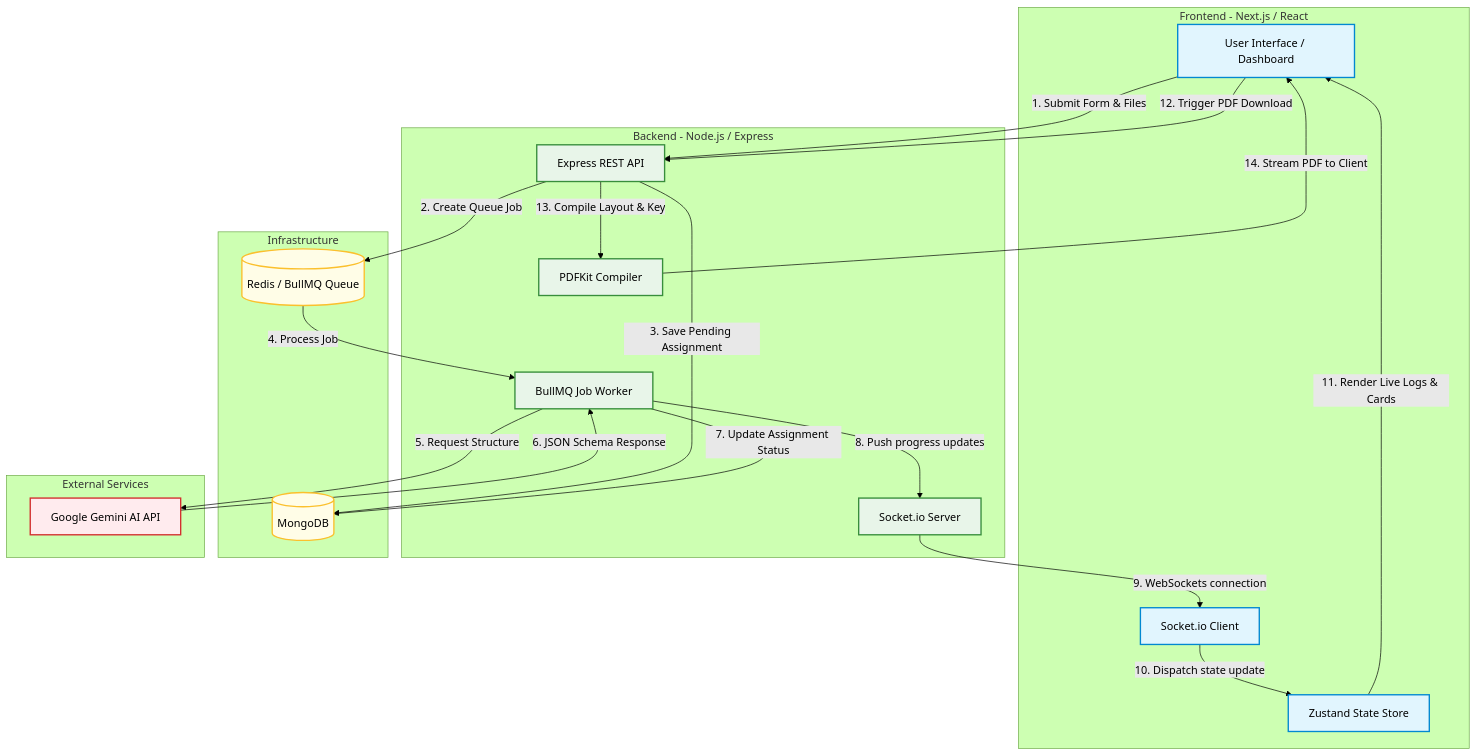
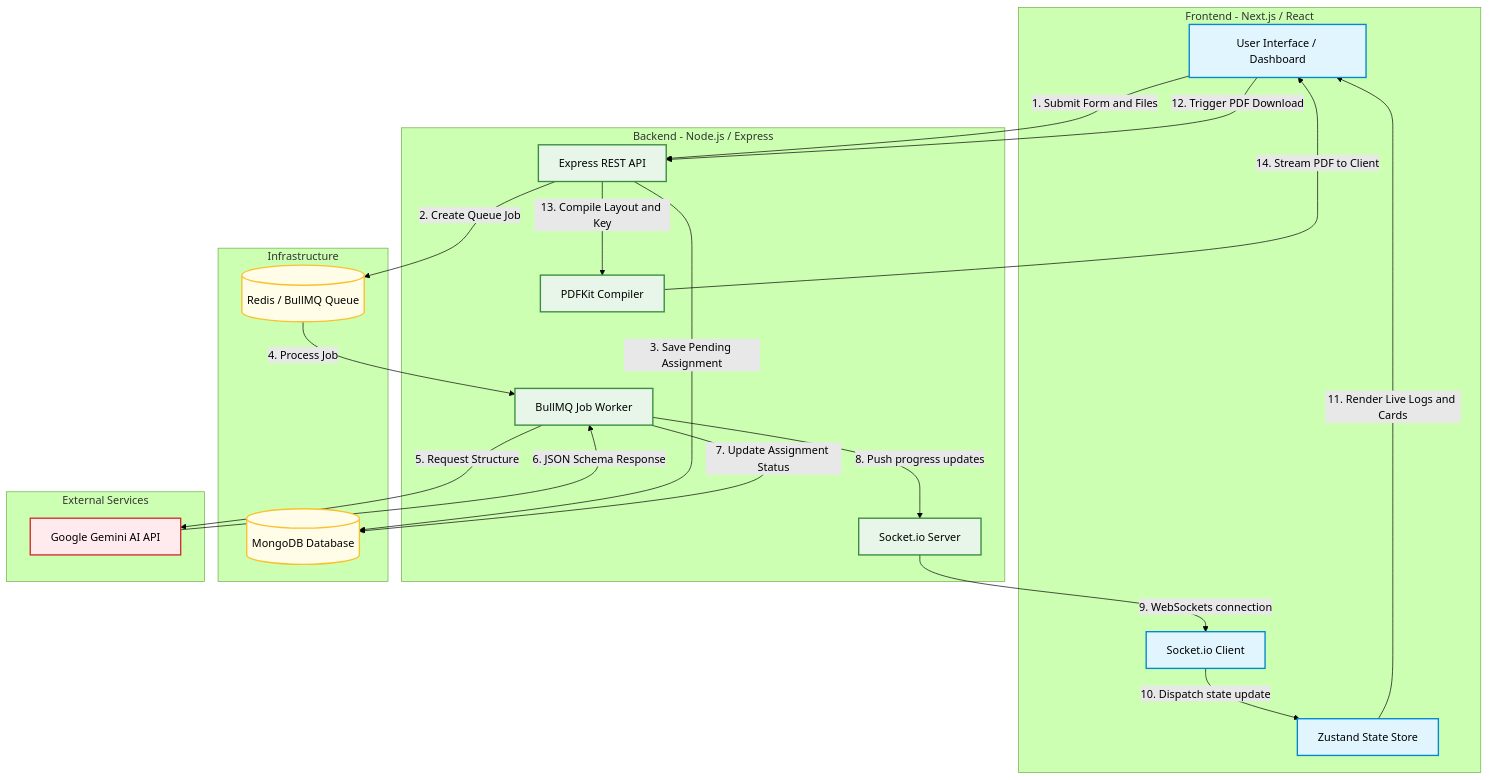
Before and after one commit to gururaj1512/VedaAI-Assignment: the diagram in README.md, drawn with Mermaid (forest theme). The commit also changed other lines of this file and 5 other files, not shown here.

Commit message:
docs: update README with architectural details and include visual interface mockups

````diff
--- a/README.md
+++ b/README.md
@@ -11,46 +46,46 @@
 ```mermaid
 graph TD
     %% Define styles
     classDef client fill:#E1F5FE,stroke:#0288D1,stroke-width:2px;
     classDef server fill:#E8F5E9,stroke:#388E3C,stroke-width:2px;
     classDef db fill:#FFFDE7,stroke:#FBC02D,stroke-width:2px;
     classDef ext fill:#FFEBEE,stroke:#D32F2F,stroke-width:2px;
 
-    subgraph FE [Frontend - Next.js / React]
-        UI[User Interface / Dashboard]:::client
-        Store[Zustand State Store]:::client
-        WS_Client[Socket.io Client]:::client
+    subgraph FE ["Frontend - Next.js / React"]
+        UI["User Interface / Dashboard"]:::client
+        Store["Zustand State Store"]:::client
+        WS_Client["Socket.io Client"]:::client
     end
 
-    subgraph BE [Backend - Node.js / Express]
-        API[Express REST API]:::server
-        WS_Server[Socket.io Server]:::server
-        Worker[BullMQ Job Worker]:::server
-        PDF[PDFKit Compiler]:::server
+    subgraph BE ["Backend - Node.js / Express"]
+        API["Express REST API"]:::server
+        WS_Server["Socket.io Server"]:::server
+        Worker["BullMQ Job Worker"]:::server
+        PDF["PDFKit Compiler"]:::server
     end
 
-    subgraph Infra [Infrastructure]
-        DB[(MongoDB)]:::db
-        Queue[(Redis / BullMQ Queue)]:::db
+    subgraph Infra ["Infrastructure"]
+        DB[("MongoDB Database")]:::db
+        Queue[("Redis / BullMQ Queue")]:::db
     end
 
-    subgraph External [External Services]
-        Gemini[Google Gemini AI API]:::ext
+    subgraph External ["External Services"]
+        Gemini["Google Gemini AI API"]:::ext
     end
 
     %% Flows
-    UI -->|1. Submit Form & Files| API
+    UI -->|1. Submit Form and Files| API
     API -->|2. Create Queue Job| Queue
     API -->|3. Save Pending Assignment| DB
     Queue -->|4. Process Job| Worker
     Worker -->|5. Request Structure| Gemini
     Gemini -->|6. JSON Schema Response| Worker
     Worker -->|7. Update Assignment Status| DB
     Worker -->|8. Push progress updates| WS_Server
     WS_Server -->|9. WebSockets connection| WS_Client
     WS_Client -->|10. Dispatch state update| Store
-    Store -->|11. Render Live Logs & Cards| UI
+    Store -->|11. Render Live Logs and Cards| UI
     UI -->|12. Trigger PDF Download| API
-    API -->|13. Compile Layout & Key| PDF
+    API -->|13. Compile Layout and Key| PDF
     PDF -->|14. Stream PDF to Client| UI
 ```
````
